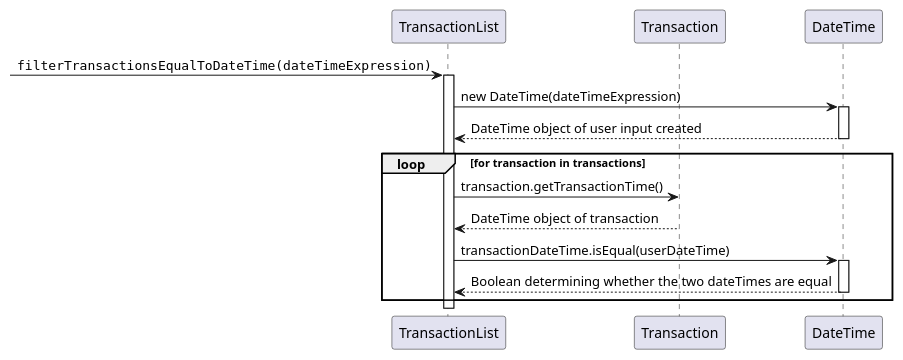
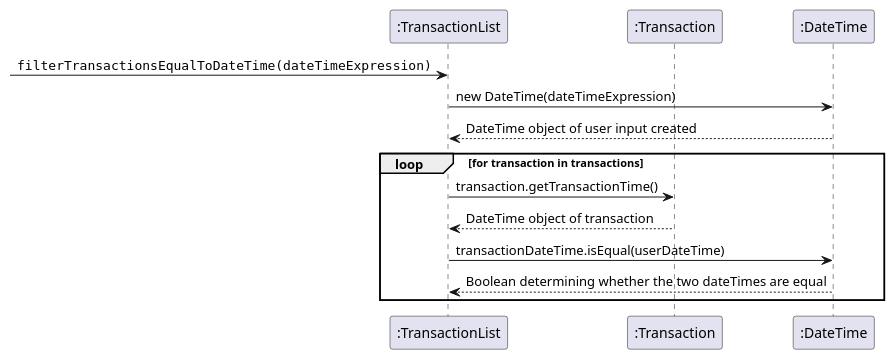
One commit to AY2324S2-CS2113-T15-1/tp changed the diagram in docs/diagrams/comparingDateTime.puml. Above: the diagram before and after it, drawn with PlantUML. The commit also changed 7 other files, not shown here.

```diff
--- a/docs/diagrams/comparingDateTime.puml
+++ b/docs/diagrams/comparingDateTime.puml
@@ -1,19 +1,14 @@
 @startuml
-participant TransactionList as Foo
-participant Transaction as Foo1
-participant DateTime as Foo2
+participant ":TransactionList" as Foo
+participant ":Transaction" as Foo1
+participant ":DateTime" as Foo2
 [->      Foo:""filterTransactionsEqualToDateTime(dateTimeExpression)""
-activate Foo
 Foo -> Foo2:new DateTime(dateTimeExpression)
-activate Foo2
 Foo2 --> Foo: DateTime object of user input created
-deactivate Foo2
 loop for transaction in transactions
     Foo -> Foo1: transaction.getTransactionTime()
     Foo1 --> Foo: DateTime object of transaction
     Foo -> Foo2: transactionDateTime.isEqual(userDateTime)
-    activate Foo2
     Foo2 --> Foo: Boolean determining whether the two dateTimes are equal
-    deactivate Foo2
 end
 @enduml
```
